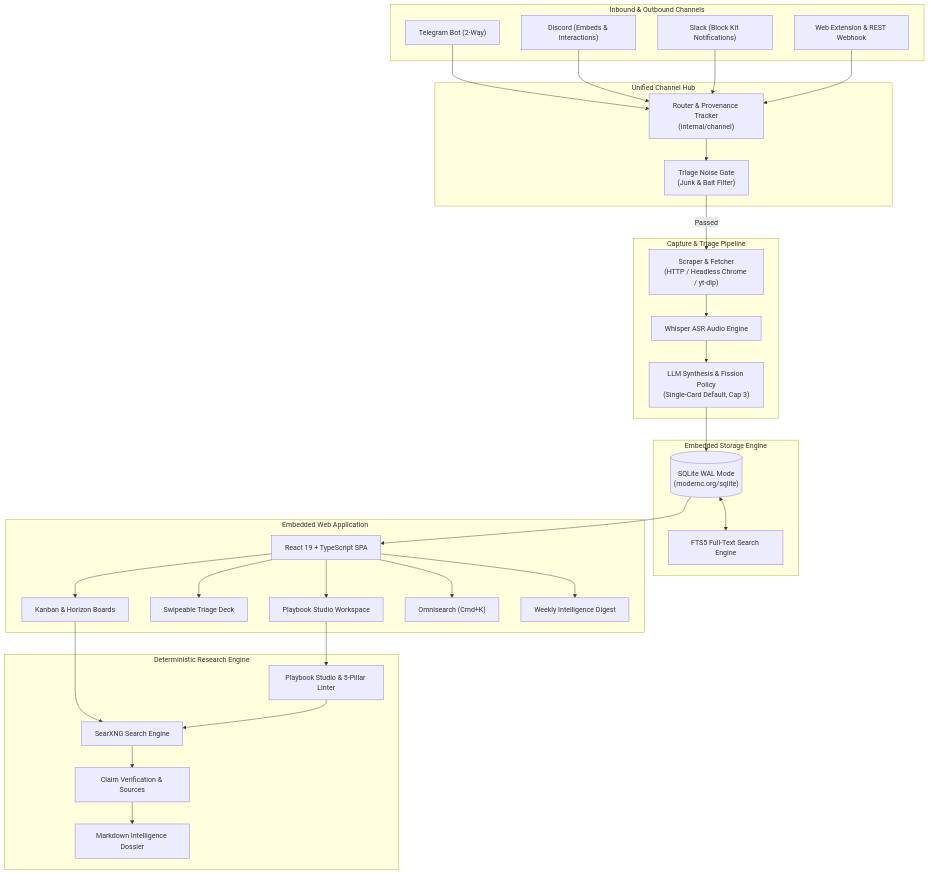
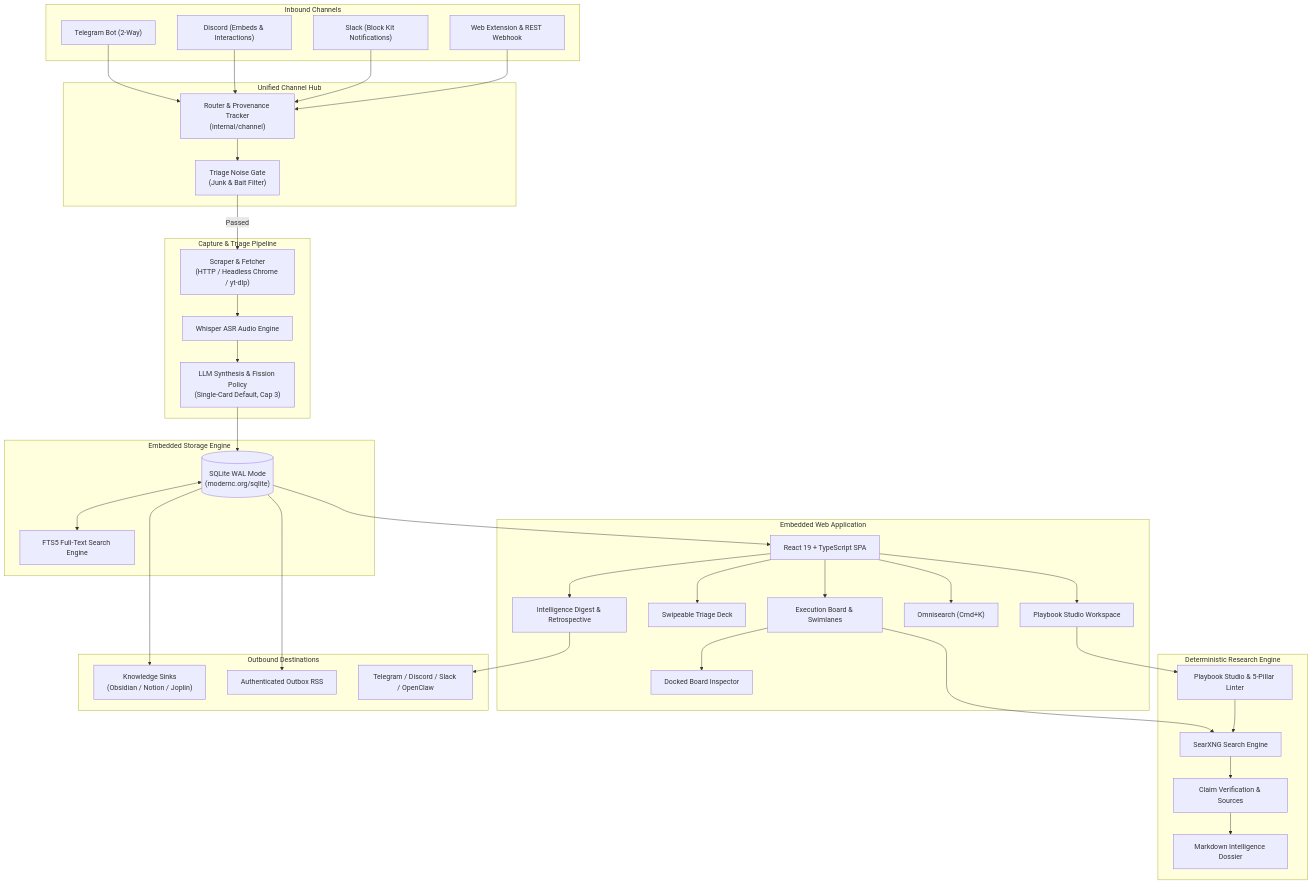
One commit to BurlacuAndrei/sparkkeep changed the second of 3 diagrams in README.md. Above: the diagram before and after it, drawn with Mermaid. The commit also changed other lines of this file and 9 other files, not shown here.

````diff
--- a/README.md
+++ b/README.md
@@ -175,64 +191,75 @@
 ```mermaid
 flowchart TD
-    subgraph Inputs ["Inbound & Outbound Channels"]
+    subgraph Inputs ["Inbound Channels"]
         TG["Telegram Bot (2-Way)"]
         DC["Discord (Embeds & Interactions)"]
         SL["Slack (Block Kit Notifications)"]
         WB["Web Extension & REST Webhook"]
     end
 
     subgraph Hub ["Unified Channel Hub"]
         ROUTER["Router & Provenance Tracker<br/>(internal/channel)"]
         GATE["Triage Noise Gate<br/>(Junk & Bait Filter)"]
     end
 
     subgraph Pipeline ["Capture & Triage Pipeline"]
         SCRAPE["Scraper & Fetcher<br/>(HTTP / Headless Chrome / yt-dlp)"]
         ASR["Whisper ASR Audio Engine"]
         LLM["LLM Synthesis & Fission Policy<br/>(Single-Card Default, Cap 3)"]
     end
 
     subgraph Store ["Embedded Storage Engine"]
         SQLITE[("SQLite WAL Mode<br/>(modernc.org/sqlite)")]
         FTS["FTS5 Full-Text Search Engine"]
     end
 
     subgraph UI ["Embedded Web Application"]
         REACT["React 19 + TypeScript SPA"]
-        KANBAN["Kanban & Horizon Boards"]
+        KANBAN["Execution Board & Swimlanes"]
+        INSPECT["Docked Board Inspector"]
         TRIAGE["Swipeable Triage Deck"]
         STUDIO["Playbook Studio Workspace"]
         SEARCH["Omnisearch (Cmd+K)"]
-        DIGEST["Weekly Intelligence Digest"]
+        DIGEST["Intelligence Digest & Retrospective"]
     end
 
     subgraph Research ["Deterministic Research Engine"]
         PLAYBOOKS["Playbook Studio & 5-Pillar Linter"]
         SEARX["SearXNG Search Engine"]
         VERIFY["Claim Verification & Sources"]
         REPORT["Markdown Intelligence Dossier"]
+    end
+
+    subgraph Outbound ["Outbound Destinations"]
+        SINKS["Knowledge Sinks<br/>(Obsidian / Notion / Joplin)"]
+        FEED["Authenticated Outbox RSS"]
+        CHANNELS["Telegram / Discord / Slack / OpenClaw"]
     end
 
     TG --> ROUTER
     DC --> ROUTER
     SL --> ROUTER
     WB --> ROUTER
 
     ROUTER --> GATE
     GATE -->|Passed| SCRAPE
     SCRAPE --> ASR
     ASR --> LLM
     LLM --> SQLITE
     SQLITE <--> FTS
     SQLITE --> REACT
     REACT --> KANBAN
+    KANBAN --> INSPECT
     REACT --> TRIAGE
     REACT --> STUDIO
     REACT --> SEARCH
     REACT --> DIGEST
     STUDIO --> PLAYBOOKS
     KANBAN --> SEARX
     PLAYBOOKS --> SEARX
     SEARX --> VERIFY
     VERIFY --> REPORT
+    SQLITE --> SINKS
+    SQLITE --> FEED
+    DIGEST --> CHANNELS
 ```
````
